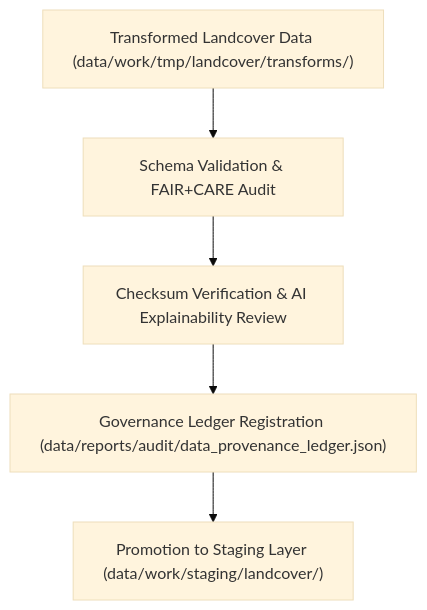
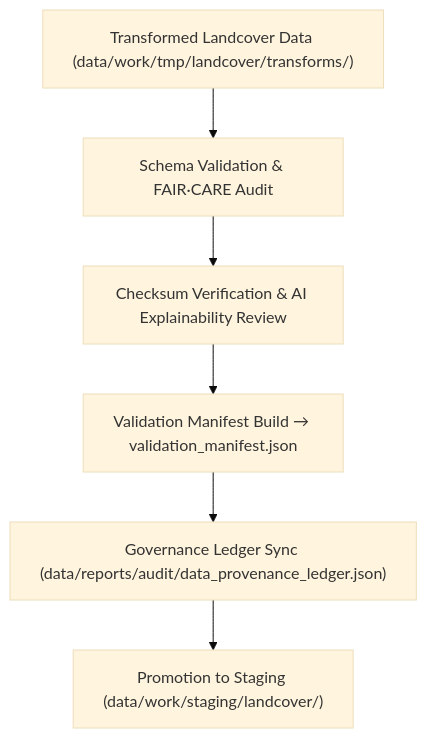
One commit to bartytime4life/Kansas-Frontier-Matrix changed the diagram in data/work/tmp/landcover/validation/README.md. Above: the diagram before and after it, drawn with Mermaid (base theme). The commit also changed other lines of this file, not shown here.

````diff
--- a/data/work/tmp/landcover/validation/README.md
+++ b/data/work/tmp/landcover/validation/README.md
@@ -65,7 +67,8 @@
 ```mermaid
 flowchart TD
-    A["Transformed Landcover Data (data/work/tmp/landcover/transforms/)"] --> B["Schema Validation & FAIR+CARE Audit"]
+    A["Transformed Landcover Data (data/work/tmp/landcover/transforms/)"] --> B["Schema Validation & FAIR·CARE Audit"]
     B --> C["Checksum Verification & AI Explainability Review"]
-    C --> D["Governance Ledger Registration (data/reports/audit/data_provenance_ledger.json)"]
-    D --> E["Promotion to Staging Layer (data/work/staging/landcover/)"]
+    C --> D["Validation Manifest Build → validation_manifest.json"]
+    D --> E["Governance Ledger Sync (data/reports/audit/data_provenance_ledger.json)"]
+    E --> F["Promotion to Staging (data/work/staging/landcover/)"]
 ```
````
